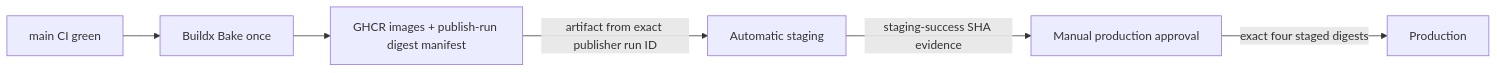
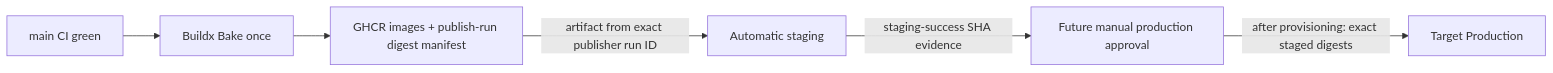
One commit to adnanalmahmut/ai-agent changed the diagram in docs/cd.md. Above: the diagram before and after it, drawn with Mermaid. The commit also changed other lines of this file and 21 other files, not shown here.

````diff
--- a/docs/cd.md
+++ b/docs/cd.md
@@ -3,8 +3,8 @@
 ```mermaid
 flowchart LR
   M[main CI green] --> B[Buildx Bake once]
   B --> G[GHCR images + publish-run digest manifest]
   G -->|artifact from exact publisher run ID| S[Automatic staging]
-  S -->|staging-success SHA evidence| P[Manual production approval]
-  P -->|exact four staged digests| R[Production]
+  S -->|staging-success SHA evidence| P[Future manual production approval]
+  P -->|after provisioning: exact staged digests| R[Target Production]
 ```
````
